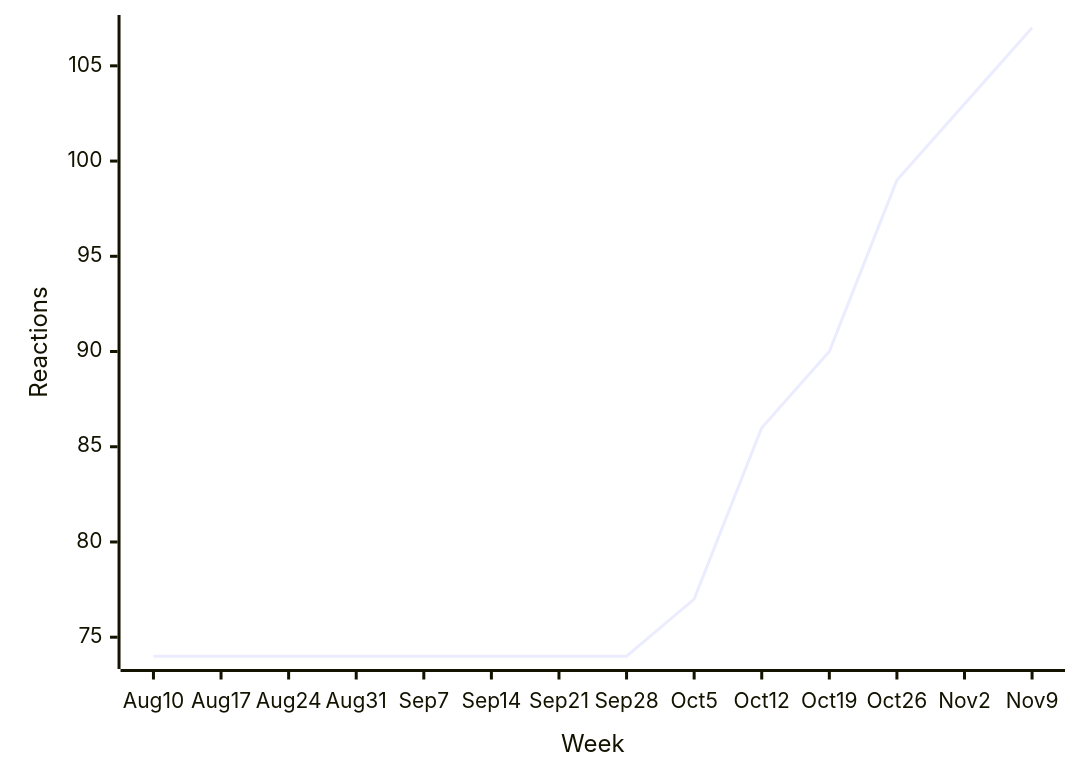
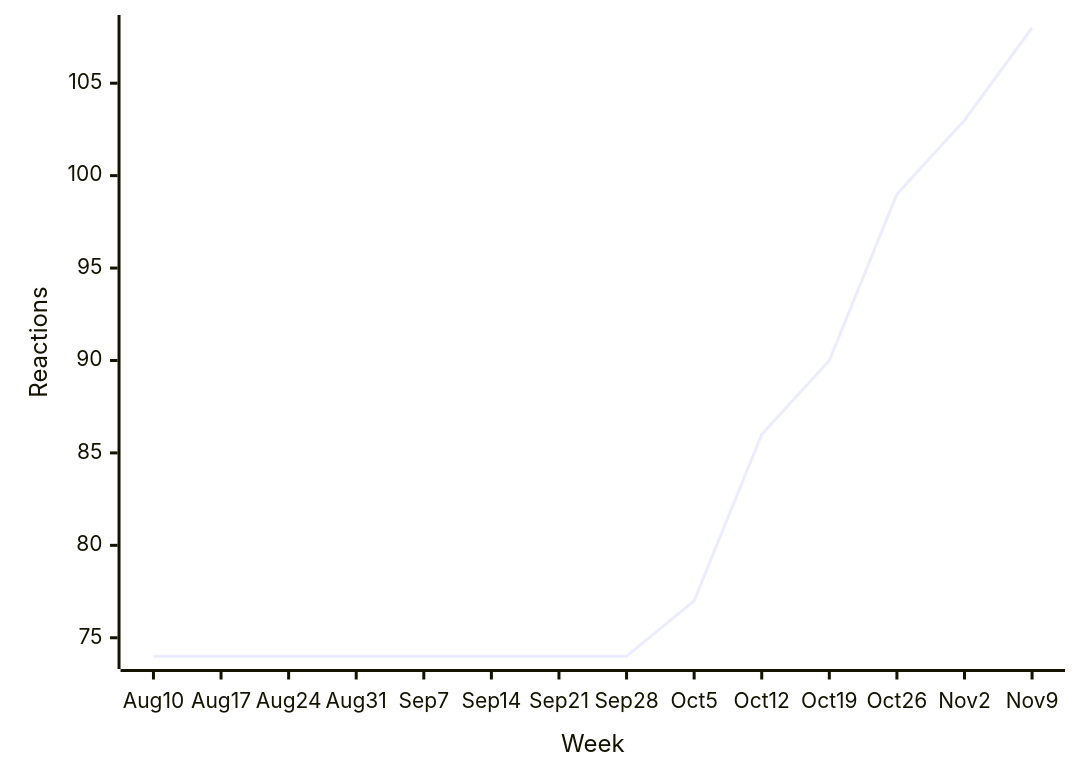
The first of 39 diagrams in README.md (loic-sharma/github-insights), drawn with Mermaid before and after one commit. The commit also changed other lines of this file and 3 other files, not shown here.

````diff
--- a/README.md
+++ b/README.md
@@ -324,6 +324,6 @@
   ```mermaid
   xychart-beta
     x-axis "Week" [Aug 10, Aug 17, Aug 24, Aug 31, Sep 7, Sep 14, Sep 21, Sep 28, Oct 5, Oct 12, Oct 19, Oct 26, Nov 2, Nov 9]
     y-axis "Reactions"
-    line [74, 74, 74, 74, 74, 74, 74, 74, 77, 86, 90, 99, 103, 107]
+    line [74, 74, 74, 74, 74, 74, 74, 74, 77, 86, 90, 99, 103, 108]
   ```
````
